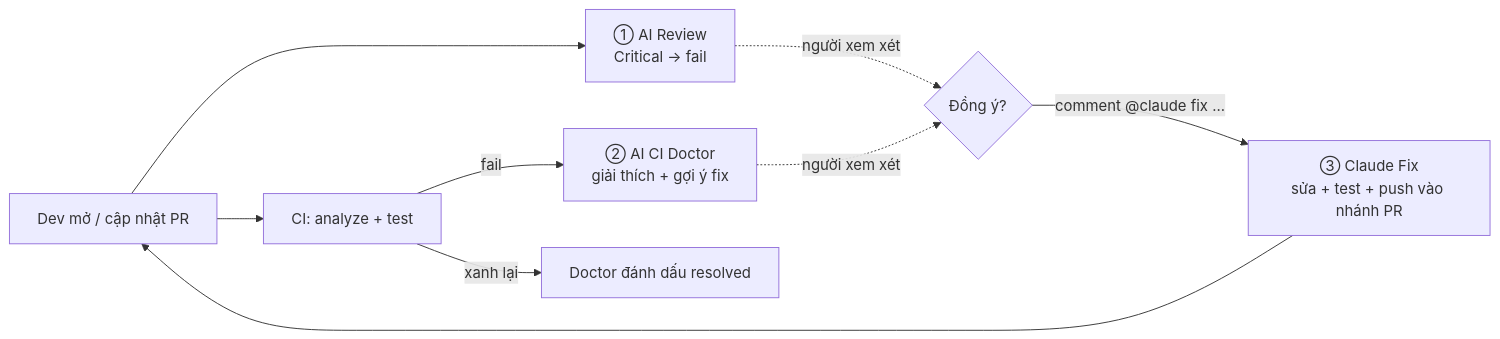
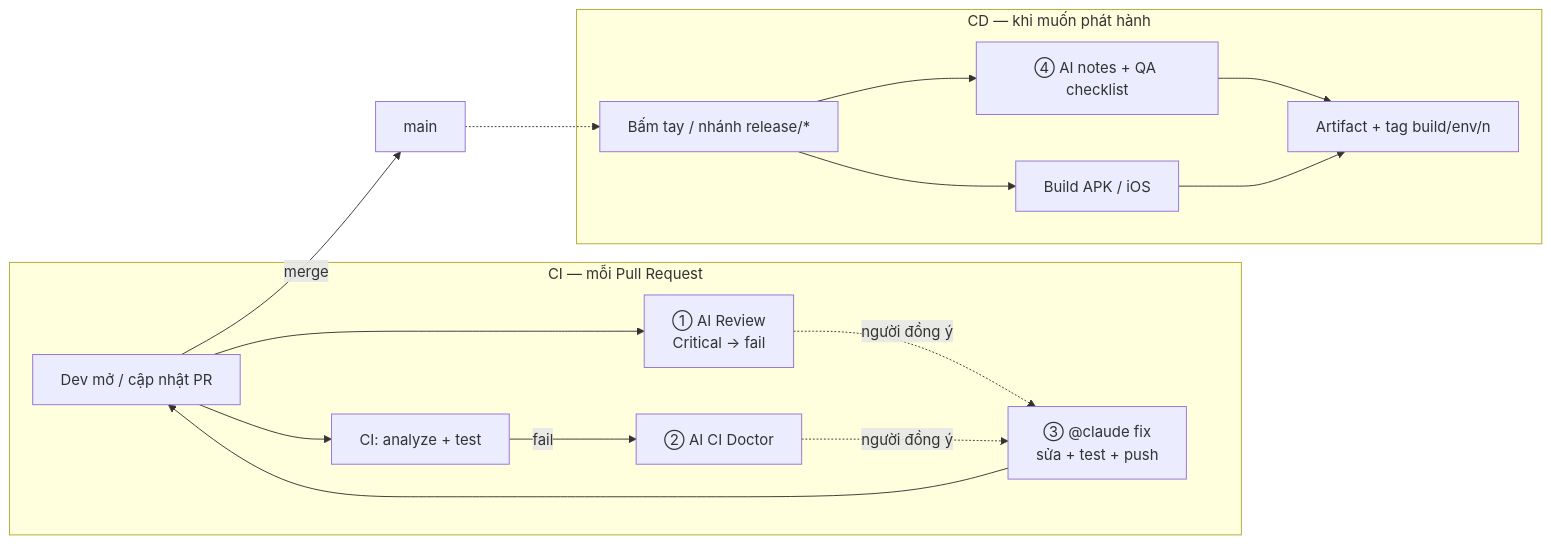
One commit to trungnt-2399/AI-in-CI-CD changed the diagram in README.md. Above: the diagram before and after it, drawn with Mermaid. The commit also changed other lines of this file and 5 other files, not shown here.

Commit message:
feat: mobile CD (build APK/iOS + AI QA notes), README for public

````diff
--- a/README.md
+++ b/README.md
@@ -7,10 +6,16 @@
 ```mermaid
 flowchart LR
-  PR[Dev mở / cập nhật PR] --> CI[CI: analyze + test]
-  PR --> REV[① AI Review<br/>Critical → fail]
-  CI -- fail --> DOC[② AI CI Doctor<br/>giải thích + gợi ý fix]
-  CI -- xanh lại --> RES[Doctor đánh dấu resolved]
-  REV & DOC -. người xem xét .-> HUMAN{Đồng ý?}
-  HUMAN -- "comment @claude fix ..." --> FIX[③ Claude Fix<br/>sửa + test + push vào nhánh PR]
-  FIX --> PR
+  subgraph CI["CI — mỗi Pull Request"]
+    PR[Dev mở / cập nhật PR] --> TEST[CI: analyze + test]
+    PR --> REV[① AI Review<br/>Critical → fail]
+    TEST -- fail --> DOC[② AI CI Doctor]
+    REV & DOC -. người đồng ý .-> FIX[③ @claude fix<br/>sửa + test + push]
+    FIX --> PR
+  end
+  subgraph CD["CD — khi muốn phát hành"]
+    REL[Bấm tay / nhánh release/*] --> NOTES[④ AI notes + QA checklist]
+    REL --> BUILD[Build APK / iOS]
+    NOTES & BUILD --> PUB[Artifact + tag build/env/n]
+  end
+  PR -- merge --> MAIN[main] -.-> REL
 ```
````
